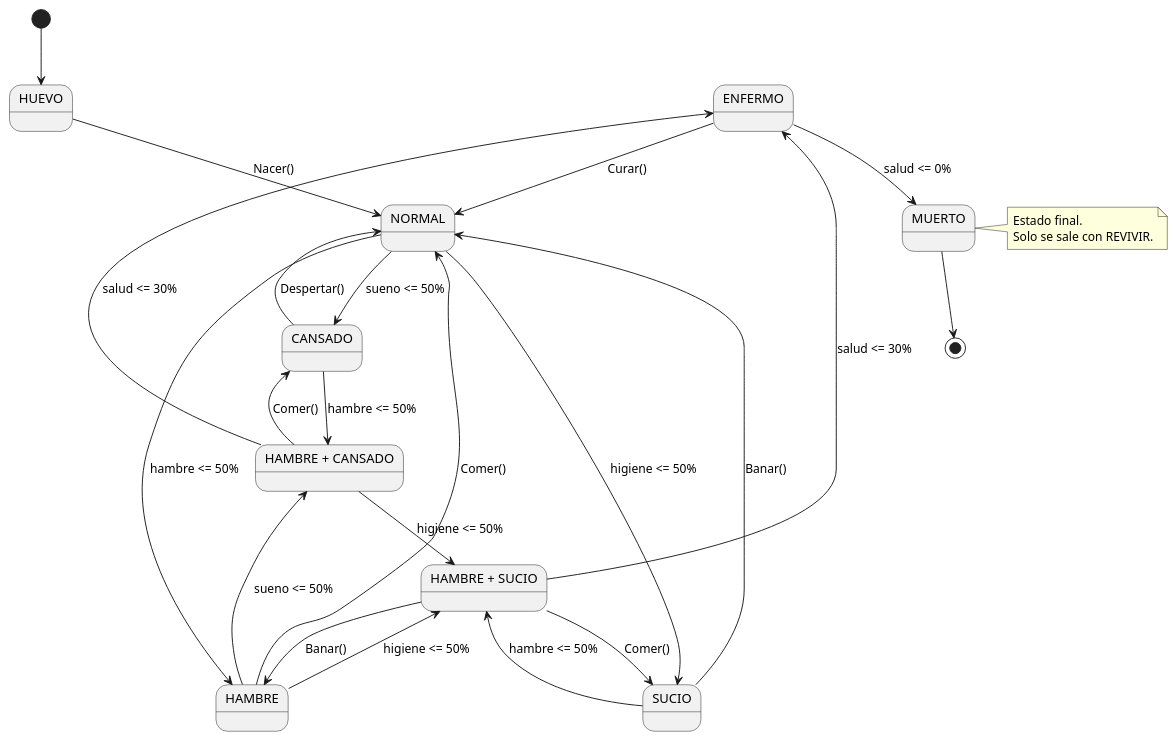
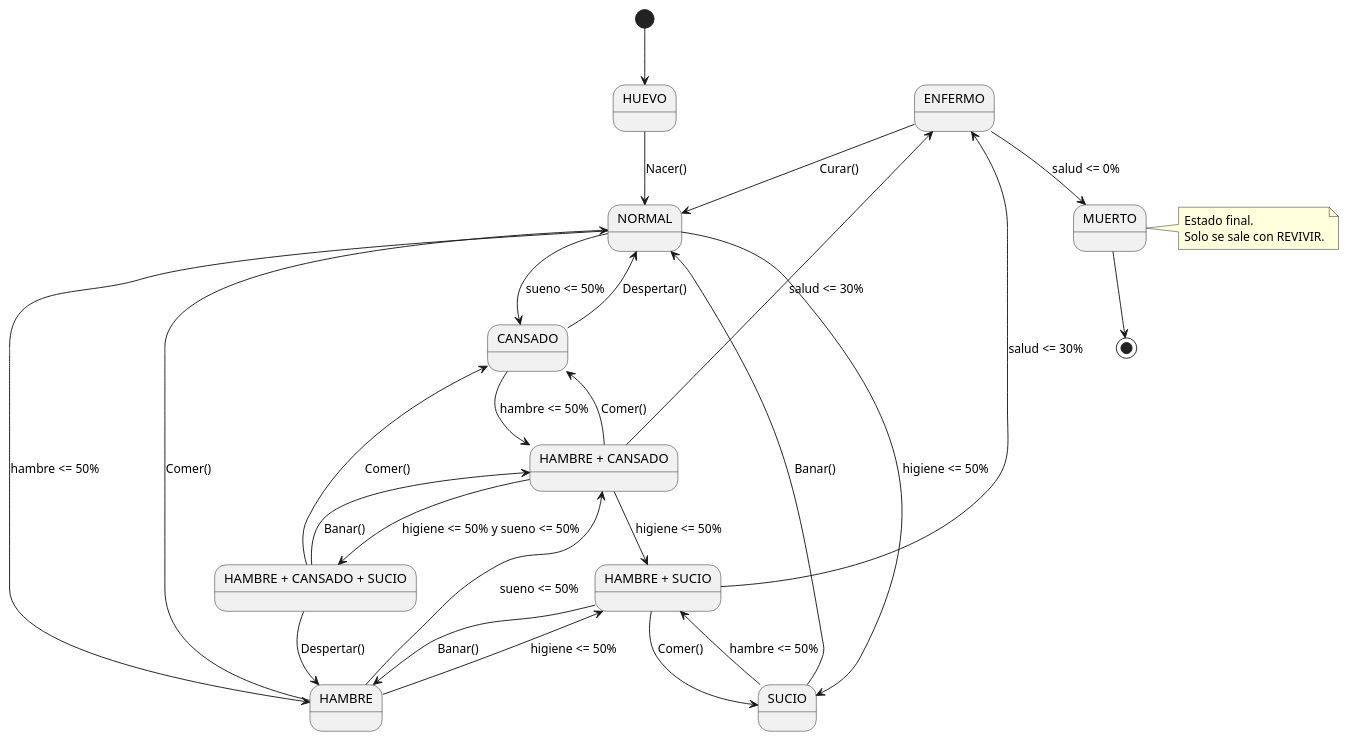
One commit to JulietaPadilla/AgenteVirtual_Furby changed the diagram in docs/diagrama_estados.puml. Above: the diagram before and after it, drawn with PlantUML. The commit also changed 5 other files, not shown here.

```diff
--- a/docs/diagrama_estados.puml
+++ b/docs/diagrama_estados.puml
@@ -1,43 +1,49 @@
 @startuml maquina_estados_furby
 
 [*] --> HUEVO
 
 state "HAMBRE + CANSADO" as HAMBRE_CANSADO
 state "HAMBRE + SUCIO" as HAMBRE_SUCIO
+state "HAMBRE + CANSADO + SUCIO" as HAMBRE_CANSADO_SUCIO
 state CANSADO
 
 HUEVO --> NORMAL : Nacer()
 
 NORMAL --> HAMBRE : hambre <= 50%
 NORMAL --> SUCIO : higiene <= 50%
 NORMAL --> CANSADO : sueno <= 50%
 
 CANSADO --> NORMAL : Despertar()
 CANSADO --> HAMBRE_CANSADO : hambre <= 50%
 
 HAMBRE --> NORMAL : Comer()
 HAMBRE --> HAMBRE_CANSADO : sueno <= 50%
 HAMBRE --> HAMBRE_SUCIO : higiene <= 50%
 
 SUCIO --> NORMAL : Banar()
 SUCIO --> HAMBRE_SUCIO : hambre <= 50%
 
 HAMBRE_CANSADO --> CANSADO : Comer()
 HAMBRE_CANSADO --> HAMBRE_SUCIO : higiene <= 50%
+HAMBRE_CANSADO --> HAMBRE_CANSADO_SUCIO : higiene <= 50% y sueno <= 50%
 
 HAMBRE_SUCIO --> SUCIO : Comer()
 HAMBRE_SUCIO --> HAMBRE : Banar()
+
+HAMBRE_CANSADO_SUCIO --> HAMBRE_CANSADO : Banar()
+HAMBRE_CANSADO_SUCIO --> CANSADO : Comer()
+HAMBRE_CANSADO_SUCIO --> HAMBRE : Despertar()
 
 HAMBRE_CANSADO --> ENFERMO : salud <= 30%
 HAMBRE_SUCIO --> ENFERMO : salud <= 30%
 ENFERMO --> NORMAL : Curar()
 ENFERMO --> MUERTO : salud <= 0%
 
 MUERTO --> [*]
 
 note right of MUERTO
   Estado final.
   Solo se sale con REVIVIR.
 end note
 
 @enduml
```
